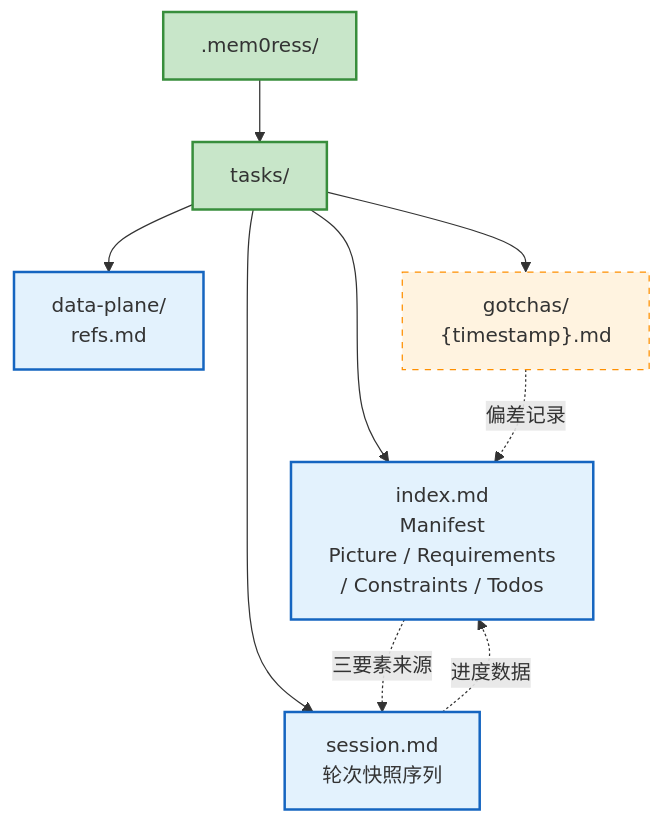
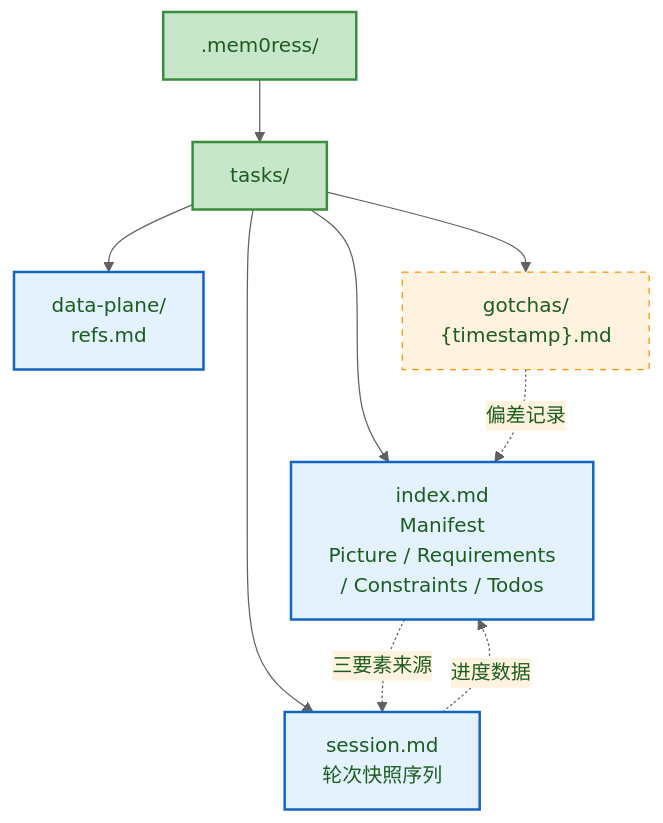
One commit to Lazyn0tBug/mem0ress changed the eighth of 11 diagrams in docs/spec.md. Above: the diagram before and after it, drawn with Mermaid. The commit also changed other lines of this file and 1 other file, not shown here.

````diff
--- a/docs/spec.md
+++ b/docs/spec.md
@@ -443,28 +447,28 @@
 ```mermaid
 %% label：.mem0ress 文件树与概念映射
-%%{ init: { 'theme': 'base', 'themeVariables': { 'primaryColor': '#e8f5e9', 'primaryTextColor': '#1b5e20', 'primaryBorderColor': '#388e3c', 'lineColor': '#616161', 'secondaryColor': '#fff3e0' } }%%
+%%{ init: { 'theme': 'base', 'themeVariables': { 'primaryColor': '#e8f5e9', 'primaryTextColor': '#1b5e20', 'primaryBorderColor': '#388e3c', 'lineColor': '#616161', 'secondaryColor': '#fff3e0' } } }%%
 graph TD
     ROOT[".mem0ress/"]
     TASKS["tasks/"]
     TMPL["index.md\nManifest\nPicture / Requirements\n/ Constraints / Todos"]
     SESS["session.md\n轮次快照序列"]
     DP["data-plane/\nrefs.md"]
     GOT["gotchas/\n{timestamp}.md"]
 
     ROOT --> TASKS
     TASKS --> TMPL
     TASKS --> SESS
     TASKS --> DP
     TASKS --> GOT
 
     TMPL -.->|三要素来源| SESS
     SESS -.->|进度数据| TMPL
     GOT -.->|偏差记录| TMPL
 
     classDef dir fill:#c8e6c9,stroke:#388e3c,stroke-width:2px;
     classDef file fill:#e3f2fd,stroke:#1565c0,stroke-width:2px;
     classDef ref fill:#fff3e0,stroke:#ff8f00,stroke-width:1px,stroke-dasharray:5,5;
     class ROOT,TASKS dir;
     class TMPL,SESS,DP,GOT file;
     class GOT ref;
 ```
````
